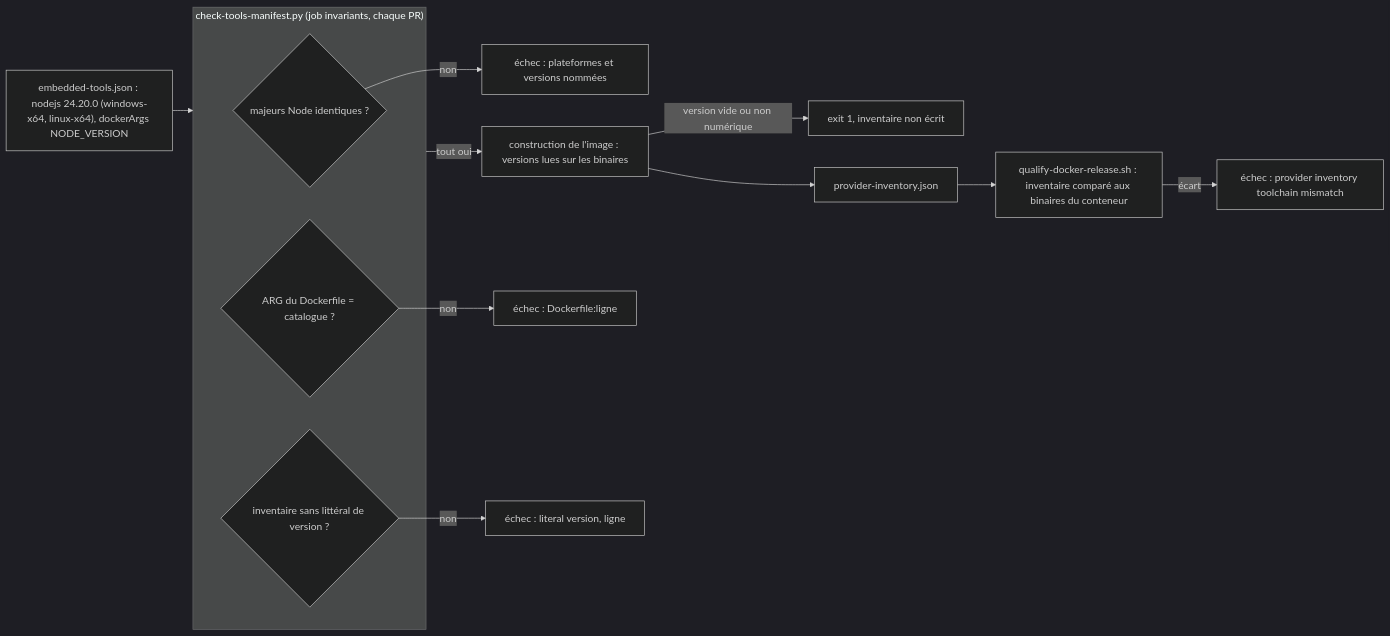
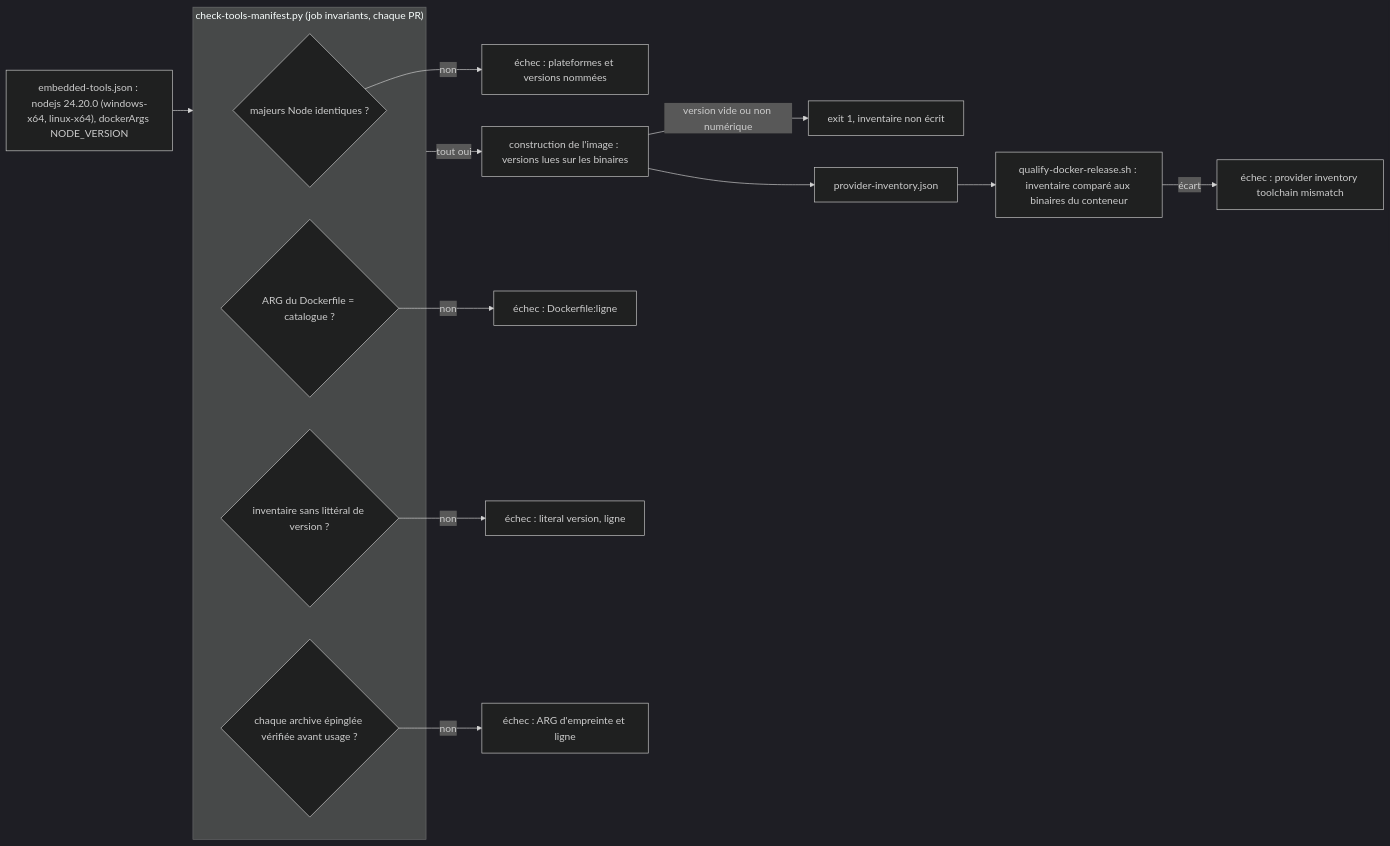
The diagram in docs/architecture/diagrams/capacites/socle-d-execution.md (FTurleque/minos-code-intelligence), drawn with Mermaid (dark theme) before and after one commit. The commit also changed other lines of this file and 49 other files, not shown here.

````diff
--- a/docs/architecture/diagrams/capacites/socle-d-execution.md
+++ b/docs/architecture/diagrams/capacites/socle-d-execution.md
@@ -22,17 +22,19 @@
 ```mermaid
 flowchart LR
   CAT["embedded-tools.json : nodejs 24.20.0 (windows-x64, linux-x64), dockerArgs NODE_VERSION"] --> GATE
   subgraph GATE["check-tools-manifest.py (job invariants, chaque PR)"]
     N1{"majeurs Node identiques ?"}
     N2{"ARG du Dockerfile = catalogue ?"}
     N3{"inventaire sans littéral de version ?"}
+    N4{"chaque archive épinglée vérifiée avant usage ?"}
   end
   N1 -->|non| R1["échec : plateformes et versions nommées"]
   N2 -->|non| R2["échec : Dockerfile:ligne"]
   N3 -->|non| R3["échec : literal version, ligne"]
+  N4 -->|non| R6["échec : ARG d'empreinte et ligne"]
   GATE -->|"tout oui"| BUILD["construction de l'image : versions lues sur les binaires"]
   BUILD -->|"version vide ou non numérique"| R4["exit 1, inventaire non écrit"]
   BUILD --> INV["provider-inventory.json"]
   INV --> QUAL["qualify-docker-release.sh : inventaire comparé aux binaires du conteneur"]
   QUAL -->|écart| R5["échec : provider inventory toolchain mismatch"]
 ```
````
